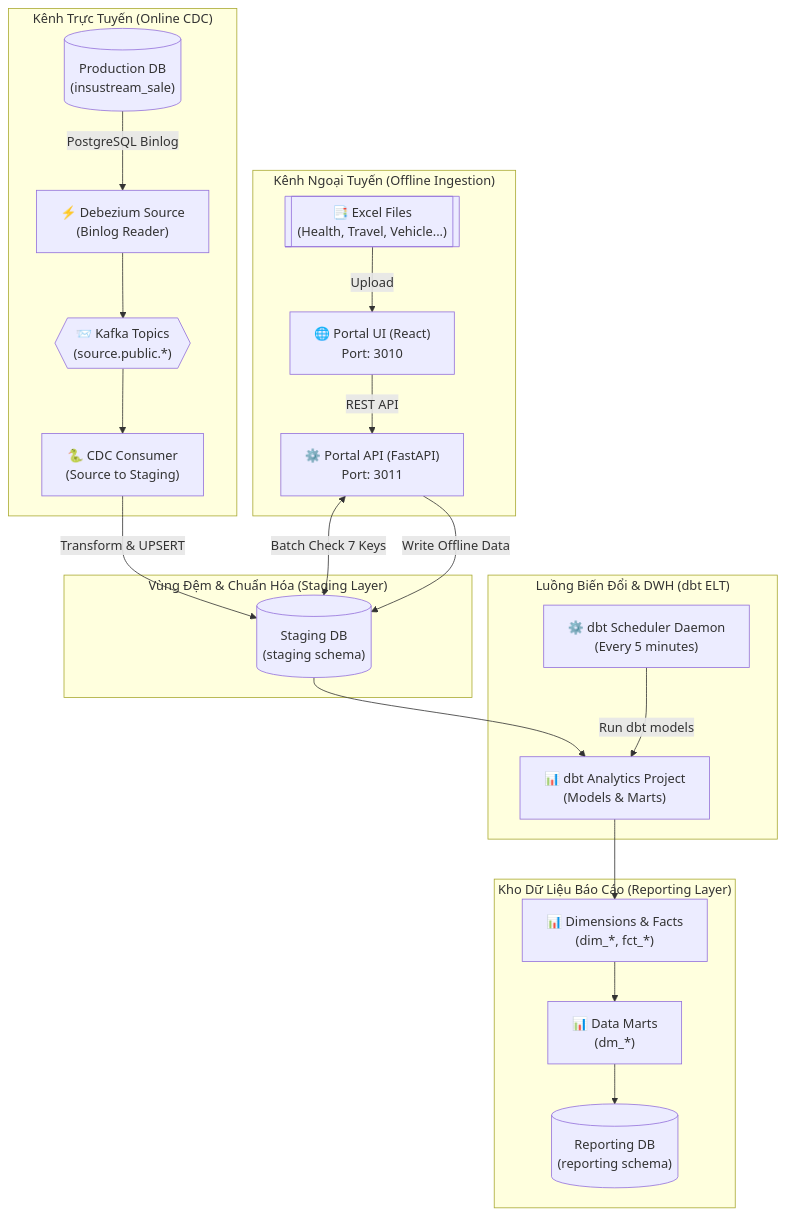
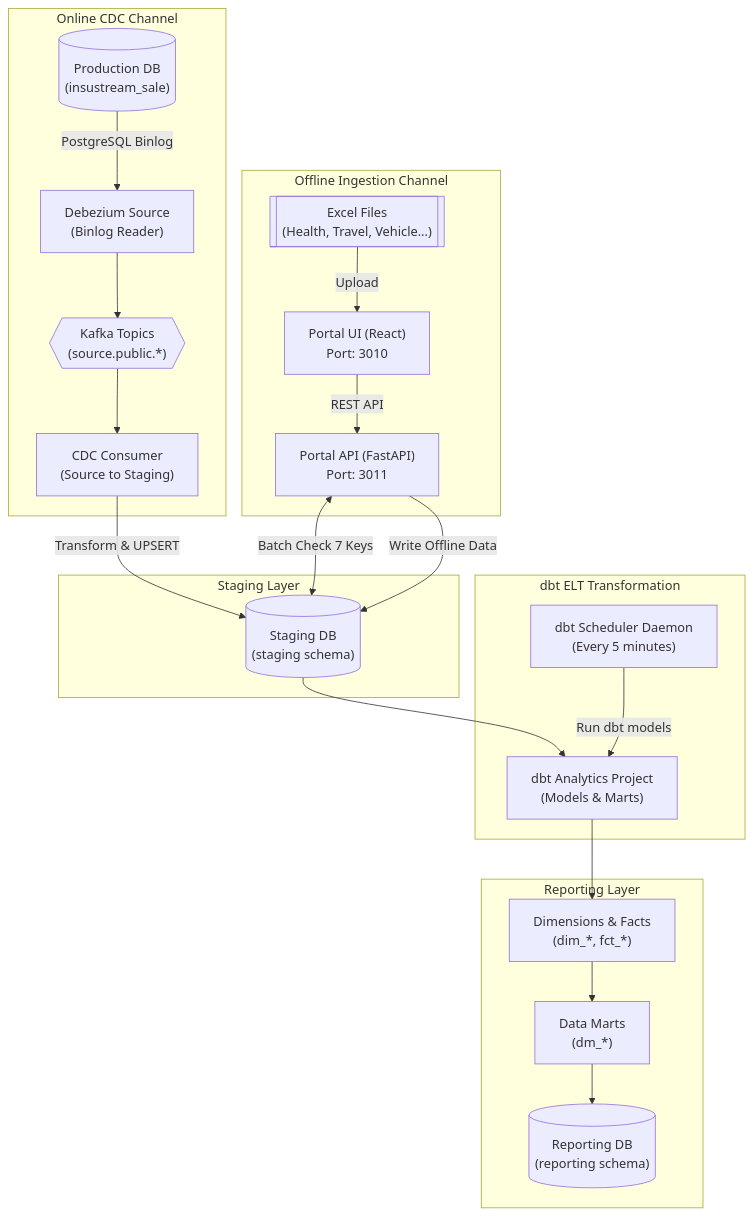
One commit to phatle224/hybrid-data-ingestion-streaming-platform changed the diagram in README.md. Above: the diagram before and after it, drawn with Mermaid. The commit also changed other lines of this file and 1 other file, not shown here.

````diff
--- a/README.md
+++ b/README.md
@@ -56,49 +56,49 @@
 ```mermaid
 flowchart TB
-    subgraph "Kênh Trực Tuyến (Online CDC)"
+    subgraph "Online CDC Channel"
         SRC_DB[("Production DB<br/>(insustream_sale)")]
-        DBZ_SRC["⚡ Debezium Source<br/>(Binlog Reader)"]
-        KF_SRC{{"📨 Kafka Topics<br/>(source.public.*)"}}
-        CDC_CONS["🐍 CDC Consumer<br/>(Source to Staging)"]
+        DBZ_SRC["Debezium Source<br/>(Binlog Reader)"]
+        KF_SRC{{"Kafka Topics<br/>(source.public.*)"}}
+        CDC_CONS["CDC Consumer<br/>(Source to Staging)"]
     end
 
-    subgraph "Kênh Ngoại Tuyến (Offline Ingestion)"
-        EXCEL[["📑 Excel Files<br/>(Health, Travel, Vehicle...)"]]
-        PORTAL_FE["🌐 Portal UI (React)<br/>Port: 3010"]
-        PORTAL_BE["⚙️ Portal API (FastAPI)<br/>Port: 3011"]
+    subgraph "Offline Ingestion Channel"
+        EXCEL[["Excel Files<br/>(Health, Travel, Vehicle...)"]]
+        PORTAL_FE["Portal UI (React)<br/>Port: 3010"]
+        PORTAL_BE["Portal API (FastAPI)<br/>Port: 3011"]
     end
 
-    subgraph "Vùng Đệm & Chuẩn Hóa (Staging Layer)"
+    subgraph "Staging Layer"
         STG_DB[("Staging DB<br/>(staging schema)")]
     end
 
-    subgraph "Luồng Biến Đổi & DWH (dbt ELT)"
-        SCHEDULER["⚙️ dbt Scheduler Daemon<br/>(Every 5 minutes)"]
-        DBT_ANALYTICS["📊 dbt Analytics Project<br/>(Models & Marts)"]
+    subgraph "dbt ELT Transformation"
+        SCHEDULER["dbt Scheduler Daemon<br/>(Every 5 minutes)"]
+        DBT_ANALYTICS["dbt Analytics Project<br/>(Models & Marts)"]
     end
 
-    subgraph "Kho Dữ Liệu Báo Cáo (Reporting Layer)"
+    subgraph "Reporting Layer"
         RPT_DB[("Reporting DB<br/>(reporting schema)")]
-        WIDE_TAB["📊 Dimensions & Facts<br/>(dim_*, fct_*)"]
-        MARTS["📊 Data Marts<br/>(dm_*)"]
+        WIDE_TAB["Dimensions & Facts<br/>(dim_*, fct_*)"]
+        MARTS["Data Marts<br/>(dm_*)"]
     end
 
-    %% Kênh Online
+    %% Online Channel
     SRC_DB -->|PostgreSQL Binlog| DBZ_SRC
     DBZ_SRC --> KF_SRC
     KF_SRC --> CDC_CONS
     CDC_CONS -->|Transform & UPSERT| STG_DB
 
-    %% Kênh Offline
+    %% Offline Channel
     EXCEL -->|Upload| PORTAL_FE
     PORTAL_FE -->|REST API| PORTAL_BE
     PORTAL_BE <-->|Batch Check 7 Keys| STG_DB
     PORTAL_BE -->|Write Offline Data| STG_DB
 
     %% dbt ELT
     STG_DB --> DBT_ANALYTICS
     SCHEDULER -->|Run dbt models| DBT_ANALYTICS
     DBT_ANALYTICS --> WIDE_TAB
     WIDE_TAB --> MARTS
     MARTS --> RPT_DB
 ```
````
